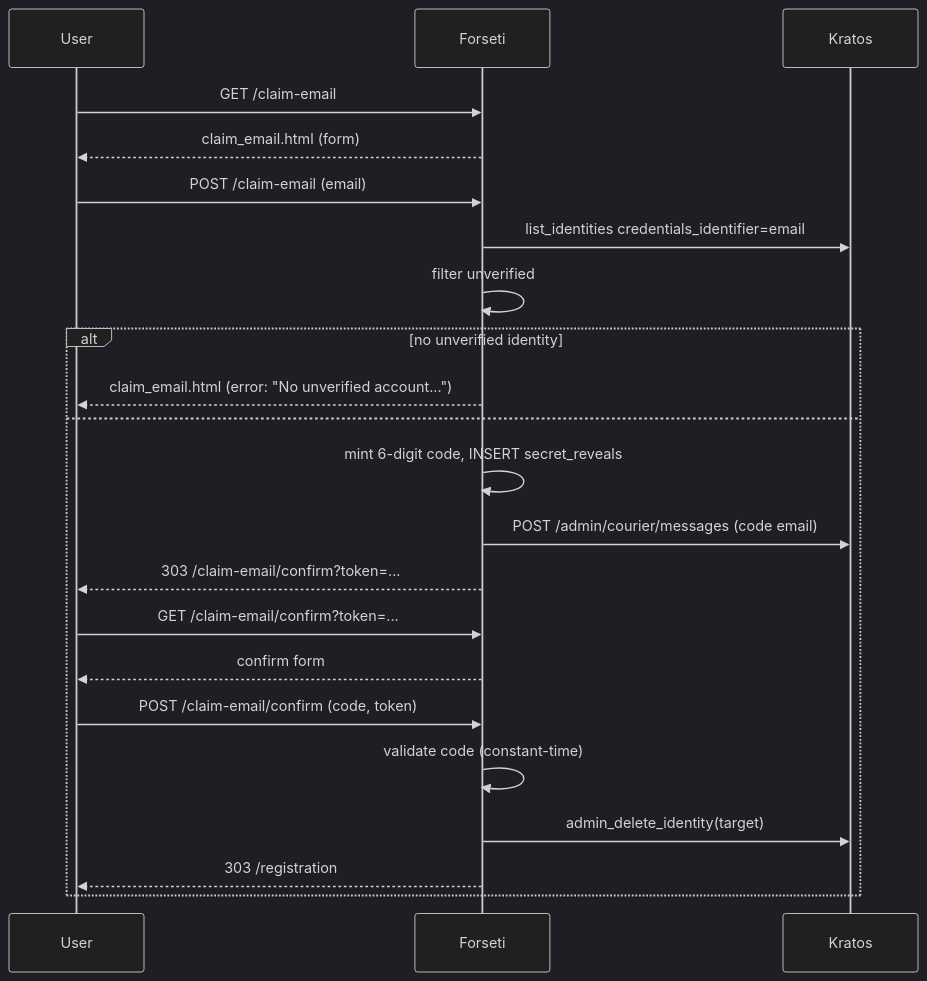
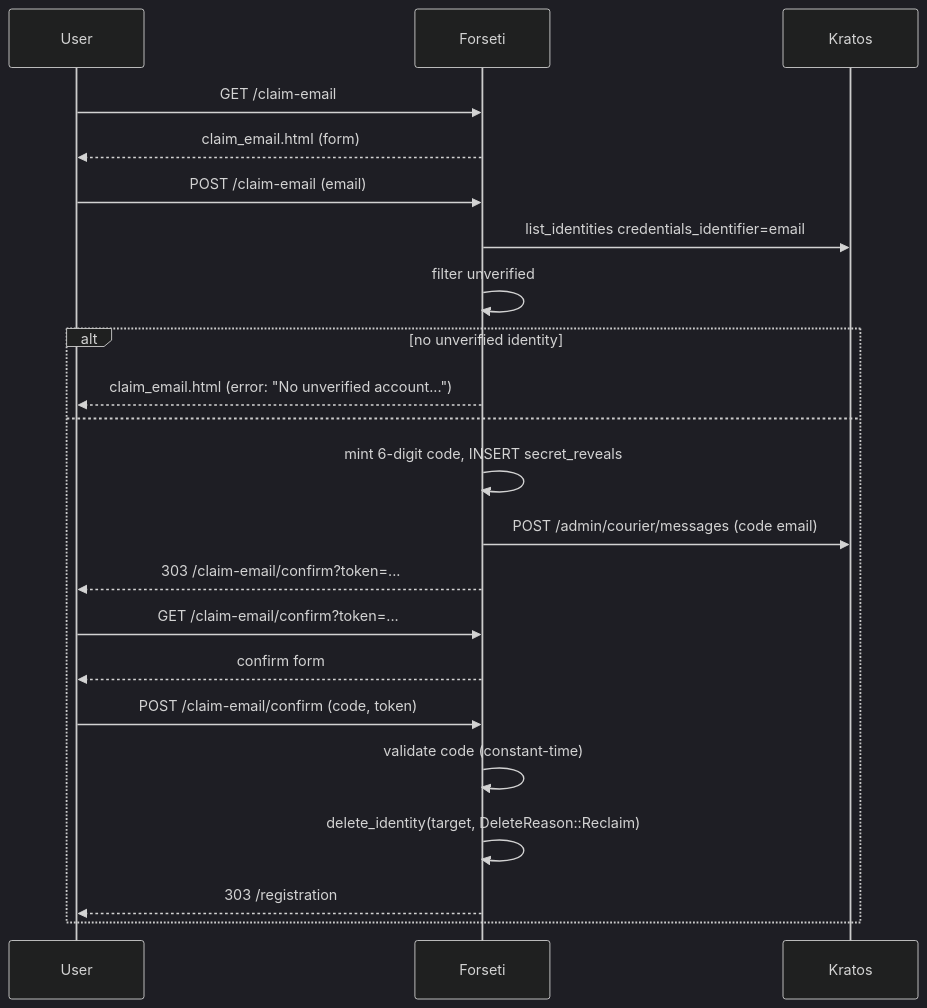
One commit to franzos/forseti changed diagram 19 of 22 in docs/dev/flows.md. Above: the diagram before and after it, drawn with Mermaid (dark theme). The commit also changed other lines of this file and 70 other files, not shown here.

````diff
--- a/docs/dev/flows.md
+++ b/docs/dev/flows.md
@@ -2167,24 +2182,24 @@
 ```mermaid
 sequenceDiagram
     participant User
     participant Forseti
     participant Kratos
     User->>Forseti: GET /claim-email
     Forseti-->>User: claim_email.html (form)
     User->>Forseti: POST /claim-email (email)
     Forseti->>Kratos: list_identities credentials_identifier=email
     Forseti->>Forseti: filter unverified
     alt no unverified identity
         Forseti-->>User: claim_email.html (error: "No unverified account...")
     else
         Forseti->>Forseti: mint 6-digit code, INSERT secret_reveals
         Forseti->>Kratos: POST /admin/courier/messages (code email)
         Forseti-->>User: 303 /claim-email/confirm?token=...
         User->>Forseti: GET /claim-email/confirm?token=...
         Forseti-->>User: confirm form
         User->>Forseti: POST /claim-email/confirm (code, token)
         Forseti->>Forseti: validate code (constant-time)
-        Forseti->>Kratos: admin_delete_identity(target)
+        Forseti->>Forseti: delete_identity(target, DeleteReason::Reclaim)
         Forseti-->>User: 303 /registration
     end
 ```
````
